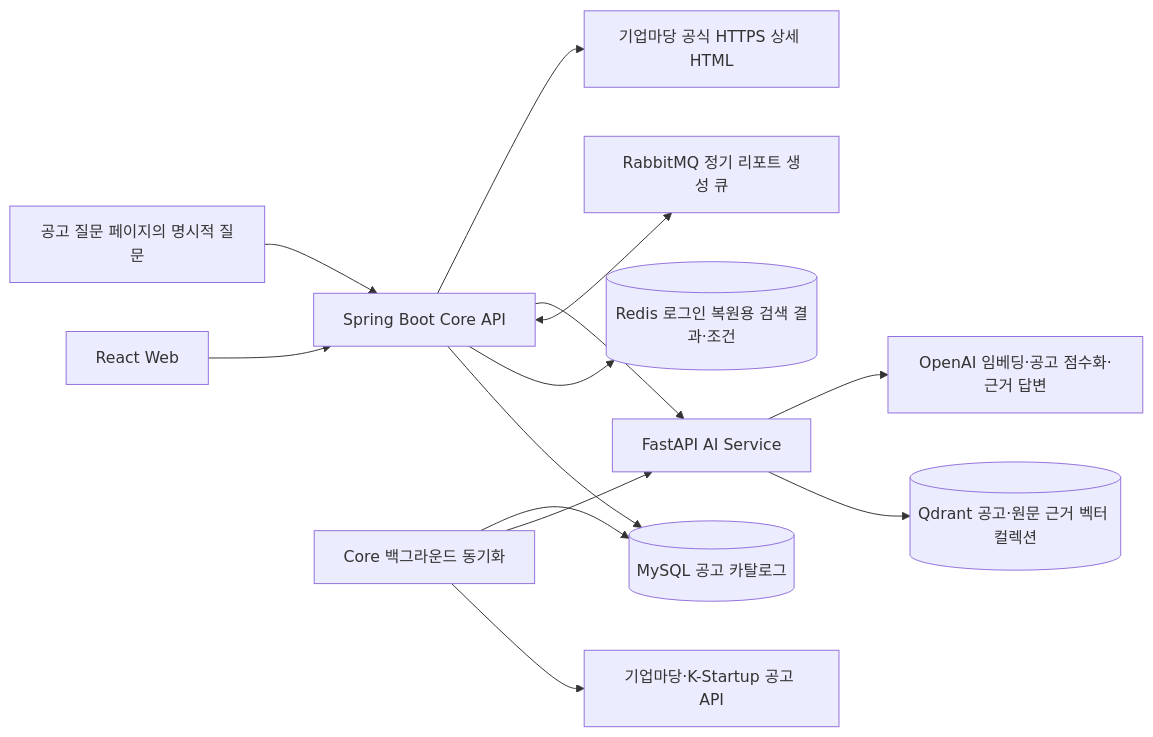
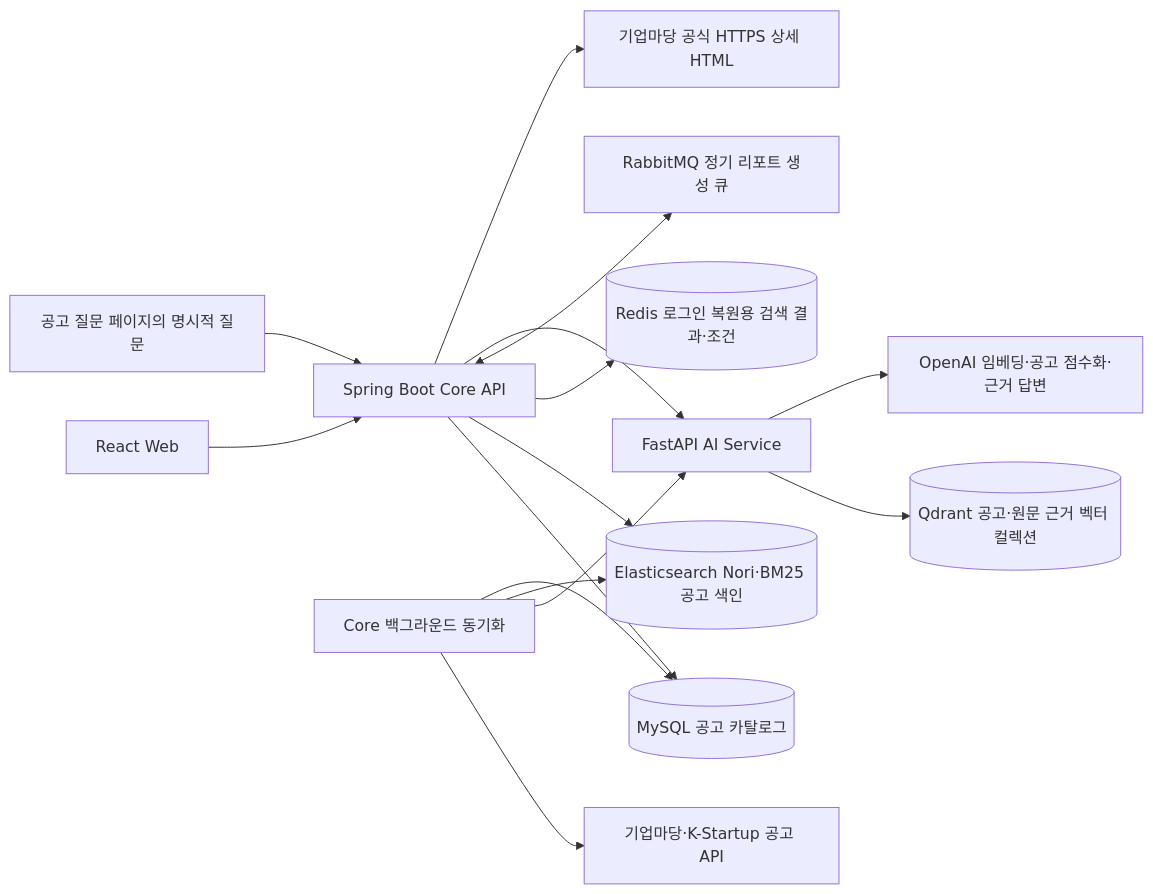
One commit to Genus-Jae/SKN34-3rd-1Team changed the diagram in docs/architecture/README.md. Above: the diagram before and after it, drawn with Mermaid. The commit also changed other lines of this file and 8 other files, not shown here.

````diff
--- a/docs/architecture/README.md
+++ b/docs/architecture/README.md
@@ -17,15 +17,17 @@
 ```mermaid
 flowchart LR
     Web[React Web] --> Core[Spring Boot Core API]
     Core --> DB[(MySQL 공고 카탈로그)]
+    Core --> Lexical[(Elasticsearch Nori·BM25 공고 색인)]
     Core --> Redis[(Redis 로그인 복원용 검색 결과·조건)]
     Core <--> RabbitMQ[RabbitMQ 정기 리포트 생성 큐]
     Core --> AI[FastAPI AI Service]
     AI --> Vector[(Qdrant 공고·원문 근거 벡터 컬렉션)]
     AI --> OpenAI[OpenAI 임베딩·공고 점수화·근거 답변]
     Sync[Core 백그라운드 동기화] --> Source[기업마당·K-Startup 공고 API]
     Sync --> AI
+    Sync --> Lexical
     Sync --> DB
     EvidenceQuestion[공고 질문 페이지의 명시적 질문] --> Core
     Core --> DetailSource[기업마당 공식 HTTPS 상세 HTML]
 ```
````
